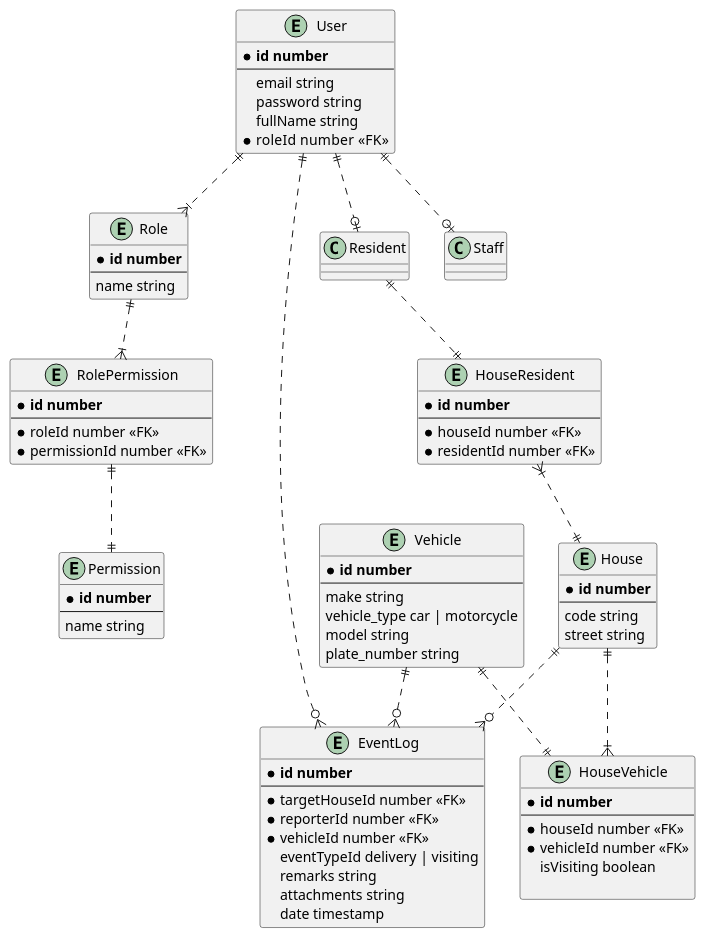
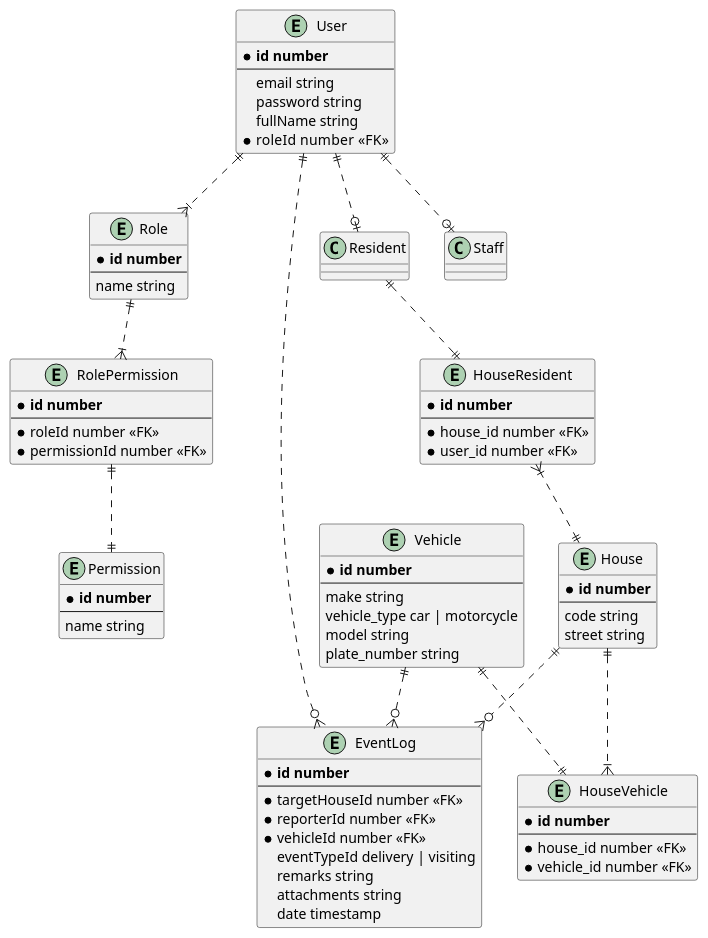
One commit to jojonarte/eteeap_main changed the diagram in docs/erd.pu. Above: the diagram before and after it, drawn with PlantUML.

Commit message:
chore: updated ERD, prefer snake_case

```diff
--- a/docs/erd.pu
+++ b/docs/erd.pu
@@ -1,89 +1,87 @@
 @startuml ERD
 entity User {
   * **id number**
   --
   email string
   password string
   fullName string
   * roleId number  <<FK>>
 }
 
 entity Vehicle {
   * **id number**
   --
   make string
   vehicle_type car | motorcycle
   model string
   plate_number string
 }
 
 entity HouseResident {
   * **id number**
   --
-  * houseId number <<FK>>
-  * residentId number <<FK>>
+  * house_id number <<FK>>
+  * user_id number <<FK>>
 }
 
 entity HouseVehicle {
   * **id number**
   --
-  * houseId number <<FK>>
-  * vehicleId number <<FK>>
-  isVisiting boolean
-
+  * house_id number <<FK>>
+  * vehicle_id number <<FK>>
 }
 
 entity House {
   * **id number**
   --
   code string
   street string
 }
 
 entity Role {
   * **id number**
   --
   name string
 }
 
 entity Permission {
   * **id number**
   --
   name string
 }
 
 entity RolePermission {
   * **id number**
   --
   * roleId number <<FK>>
   * permissionId number <<FK>>
 }
 
 entity EventLog {
   * **id number**
   --
   * targetHouseId number <<FK>>
   * reporterId number <<FK>>
   * vehicleId number <<FK>>
   eventTypeId delivery | visiting
   remarks string
   attachments string
   date timestamp
 }
 
 
 Resident ||..|| HouseResident
 Vehicle ||..|| HouseVehicle
 House ||..|{ HouseVehicle
 User ||..o| Resident
 User ||..o| Staff
 User ||..|{ Role
 Role ||..|{ RolePermission
 RolePermission ||..|| Permission
 HouseResident }|..|| House
 House ||..o{ EventLog
 User ||..o{ EventLog
 Vehicle ||..o{ EventLog
 
 
-@enduml
+@endumloin
```
